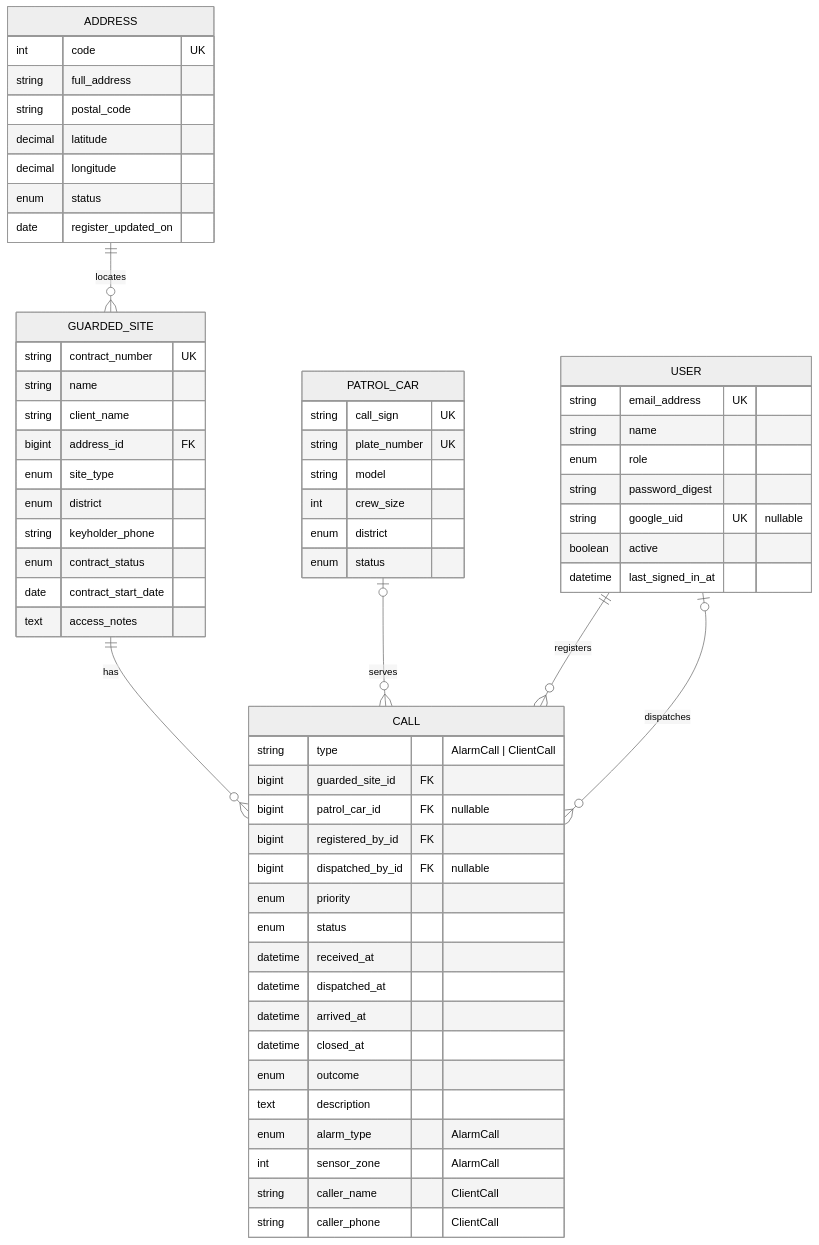
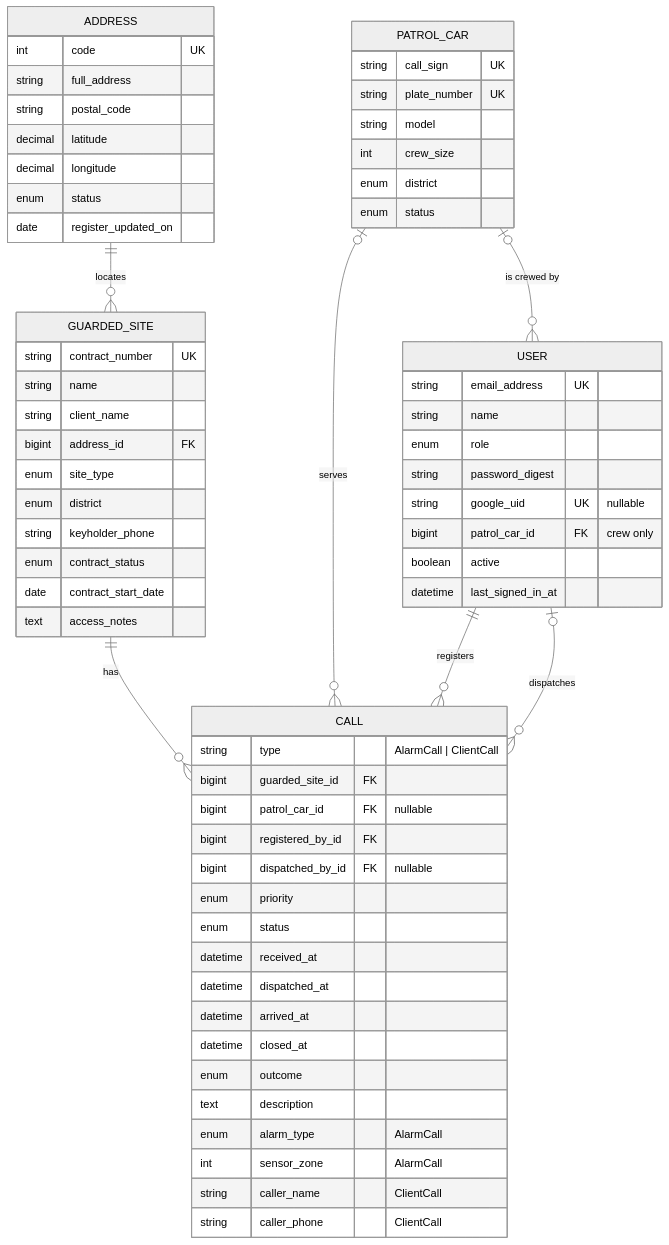
The first of 2 diagrams in SPECIFICATION.md (jromanovs/patrol-call-system), drawn with Mermaid (neutral theme) before and after one commit. The commit also changed other lines of this file, not shown here.

First line of the commit message:
docs(spec): the patrol crew and its screen

````diff
--- a/SPECIFICATION.md
+++ b/SPECIFICATION.md
@@ -176,65 +179,67 @@
 ```mermaid
 erDiagram
     ADDRESS ||--o{ GUARDED_SITE : "locates"
     GUARDED_SITE ||--o{ CALL : "has"
     PATROL_CAR |o--o{ CALL : "serves"
     USER ||--o{ CALL : "registers"
     USER |o--o{ CALL : "dispatches"
+    PATROL_CAR |o--o{ USER : "is crewed by"
     ADDRESS {
         int code UK
         string full_address
         string postal_code
         decimal latitude
         decimal longitude
         enum status
         date register_updated_on
     }
     GUARDED_SITE {
         string contract_number UK
         string name
         string client_name
         bigint address_id FK
         enum site_type
         enum district
         string keyholder_phone
         enum contract_status
         date contract_start_date
         text access_notes
     }
     PATROL_CAR {
         string call_sign UK
         string plate_number UK
         string model
         int crew_size
         enum district
         enum status
     }
     USER {
         string email_address UK
         string name
         enum role
         string password_digest
         string google_uid UK "nullable"
+        bigint patrol_car_id FK "crew only"
         boolean active
         datetime last_signed_in_at
     }
     CALL {
         string type "AlarmCall | ClientCall"
         bigint guarded_site_id FK
         bigint patrol_car_id FK "nullable"
         bigint registered_by_id FK
         bigint dispatched_by_id FK "nullable"
         enum priority
         enum status
         datetime received_at
         datetime dispatched_at
         datetime arrived_at
         datetime closed_at
         enum outcome
         text description
         enum alarm_type "AlarmCall"
         int sensor_zone "AlarmCall"
         string caller_name "ClientCall"
         string caller_phone "ClientCall"
     }
 ```
````
